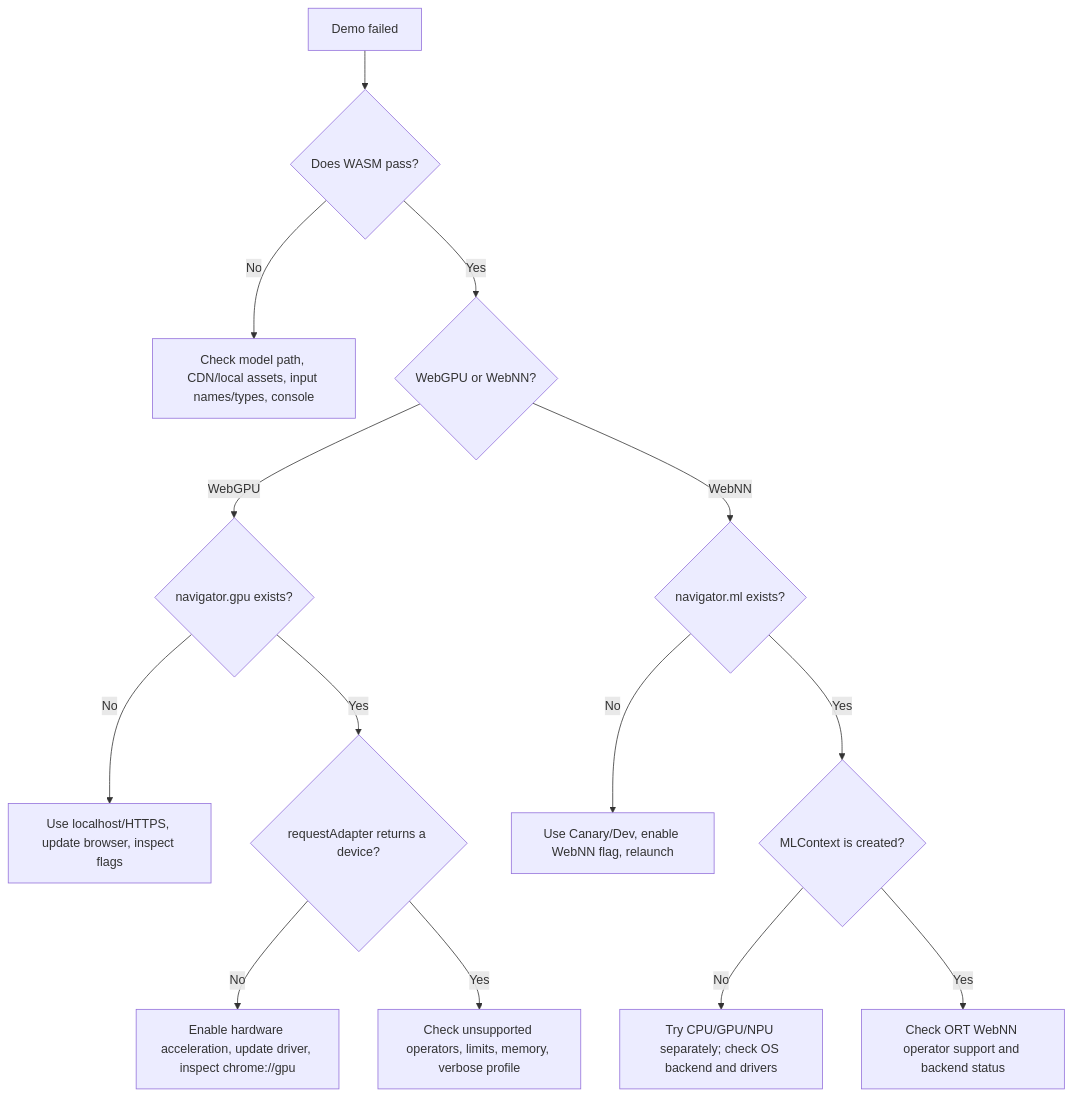
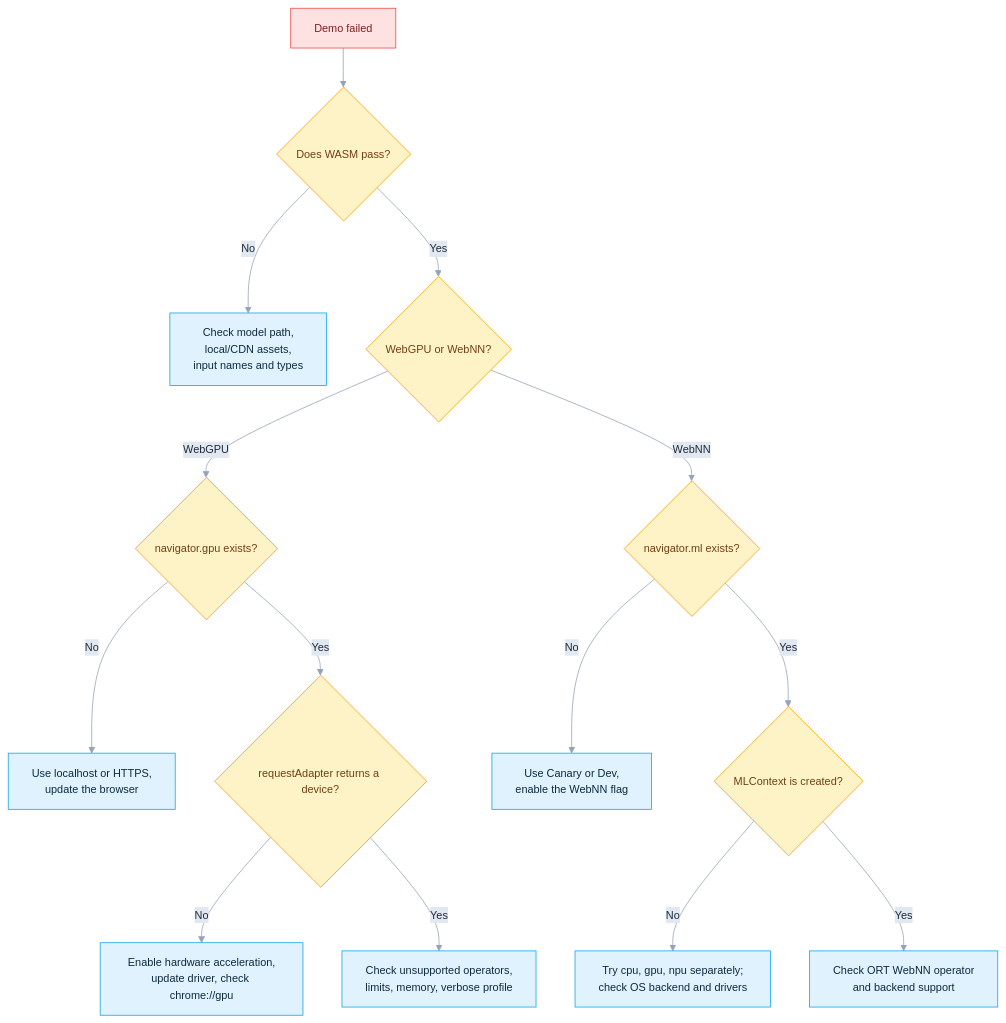
The seventh of 7 diagrams in WebGPU/README.md (DakeQQ/Tutorial-ONNX-Runtime-Execution-Providers), drawn with Mermaid before and after one commit. The commit also changed other lines of this file and 15 other files, not shown here.

````diff
--- a/WebGPU/README.md
+++ b/WebGPU/README.md
@@ -722,16 +875,24 @@
 ```mermaid
+%%{init: {"theme":"base","themeVariables":{"fontSize":"14px","lineColor":"#94a3b8","edgeLabelBackground":"#e2e8f0","primaryTextColor":"#1e293b"}}}%%
 flowchart TD
-    A[Demo failed] --> B{Does WASM pass?}
-    B -->|No| C[Check model path, CDN/local assets, input names/types, console]
-    B -->|Yes| D{WebGPU or WebNN?}
-    D -->|WebGPU| E{navigator.gpu exists?}
-    E -->|No| F[Use localhost/HTTPS, update browser, inspect flags]
-    E -->|Yes| G{requestAdapter returns a device?}
-    G -->|No| H[Enable hardware acceleration, update driver, inspect chrome://gpu]
-    G -->|Yes| I[Check unsupported operators, limits, memory, verbose profile]
-    D -->|WebNN| J{navigator.ml exists?}
-    J -->|No| K[Use Canary/Dev, enable WebNN flag, relaunch]
-    J -->|Yes| L{MLContext is created?}
-    L -->|No| M[Try CPU/GPU/NPU separately; check OS backend and drivers]
-    L -->|Yes| N[Check ORT WebNN operator support and backend status]
+    A["Demo failed"] --> B{"Does WASM pass?"}
+    B -->|No| C["Check model path,<br/>local/CDN assets,<br/>input names and types"]
+    B -->|Yes| D{"WebGPU or WebNN?"}
+    D -->|WebGPU| E{"navigator.gpu exists?"}
+    E -->|No| F["Use localhost or HTTPS,<br/>update the browser"]
+    E -->|Yes| G{"requestAdapter returns a device?"}
+    G -->|No| H["Enable hardware acceleration,<br/>update driver, check chrome://gpu"]
+    G -->|Yes| I["Check unsupported operators,<br/>limits, memory, verbose profile"]
+    D -->|WebNN| J{"navigator.ml exists?"}
+    J -->|No| K["Use Canary or Dev,<br/>enable the WebNN flag"]
+    J -->|Yes| L{"MLContext is created?"}
+    L -->|No| M["Try cpu, gpu, npu separately;<br/>check OS backend and drivers"]
+    L -->|Yes| N["Check ORT WebNN operator<br/>and backend support"]
+
+    classDef bad fill:#fee2e2,stroke:#ef4444,color:#7f1d1d;
+    classDef dec fill:#fef3c7,stroke:#f59e0b,color:#713f12;
+    classDef step fill:#e0f2fe,stroke:#0ea5e9,color:#0c2a3d;
+    class A bad;
+    class B,D,E,G,J,L dec;
+    class C,F,H,I,K,M,N step;
 ```
````
